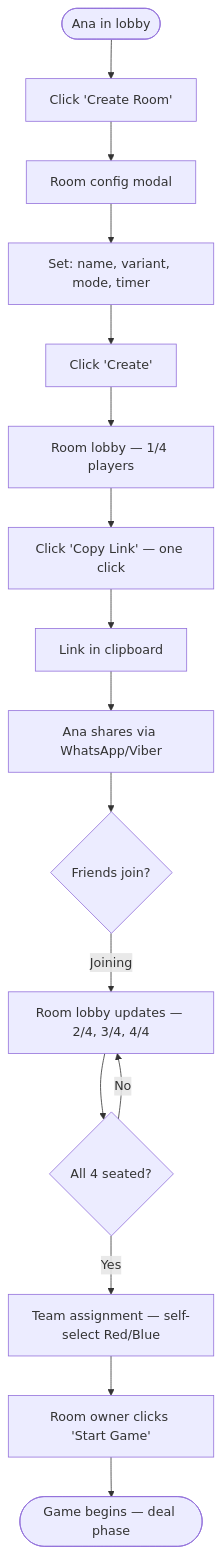
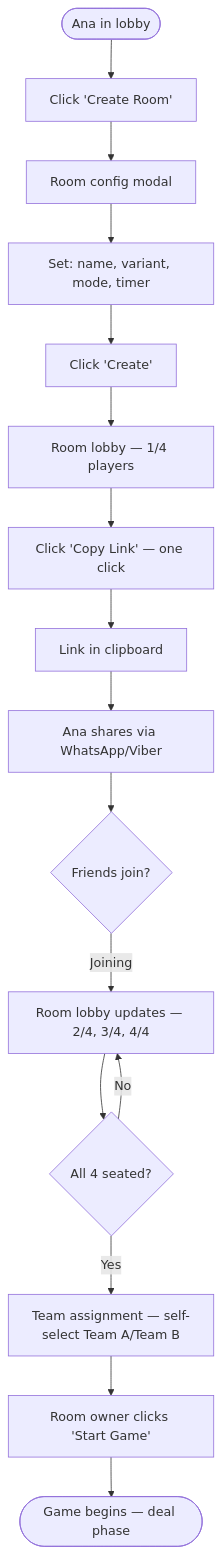
Before and after one commit to emilijan-koteski/belote: the second of 5 diagrams in _bmad-output/planning-artifacts/ux-design-specification.md, drawn with Mermaid. The commit also changed other lines of this file and 156 other files, not shown here.

````diff
--- a/_bmad-output/planning-artifacts/ux-design-specification.md
+++ b/_bmad-output/planning-artifacts/ux-design-specification.md
@@ -464,18 +464,18 @@
 ```mermaid
 flowchart TD
     A([Ana in lobby]) --> B[Click 'Create Room']
     B --> C[Room config modal]
     C --> D[Set: name, variant, mode, timer]
     D --> E[Click 'Create']
     E --> F[Room lobby — 1/4 players]
     F --> G[Click 'Copy Link' — one click]
     G --> H[Link in clipboard]
     H --> I[Ana shares via WhatsApp/Viber]
     I --> J{Friends join?}
     J -- Joining --> K[Room lobby updates — 2/4, 3/4, 4/4]
     K --> L{All 4 seated?}
     L -- No --> K
-    L -- Yes --> M[Team assignment — self-select Red/Blue]
+    L -- Yes --> M[Team assignment — self-select Team A/Team B]
     M --> N[Room owner clicks 'Start Game']
     N --> O([Game begins — deal phase])
 ```
````
